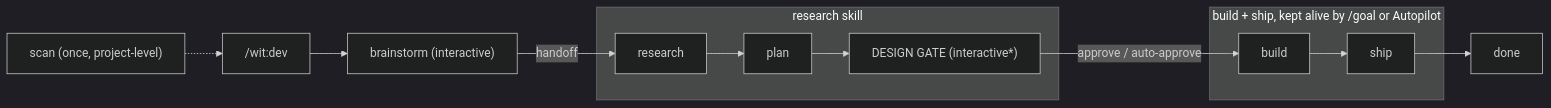
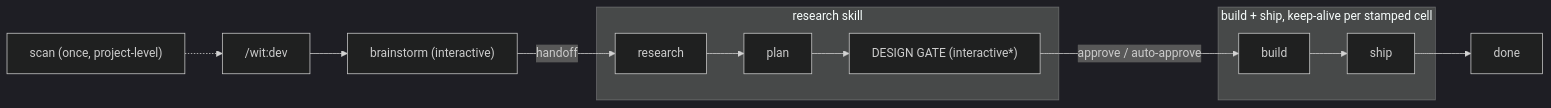
One commit to Wittenberger-Industries/witloop changed the diagram in references/workflow.md. Above: the diagram before and after it, drawn with Mermaid (dark theme). The commit also changed other lines of this file and 56 other files, not shown here.

````diff
--- a/references/workflow.md
+++ b/references/workflow.md
@@ -18,14 +19,14 @@
 ```mermaid
 flowchart LR
   scan["scan (once, project-level)"] -.-> dev["/wit:dev"]
   dev --> bstorm["brainstorm (interactive)"]
   bstorm -- "handoff" --> research
   subgraph rskill["research skill"]
     research --> plan --> gate["DESIGN GATE (interactive*)"]
   end
   gate -- "approve / auto-approve" --> build
-  subgraph keepalive["build + ship, kept alive by /goal or Autopilot"]
+  subgraph keepalive["build + ship, keep-alive per stamped cell"]
     build --> ship
   end
   ship --> done
 ```
````
